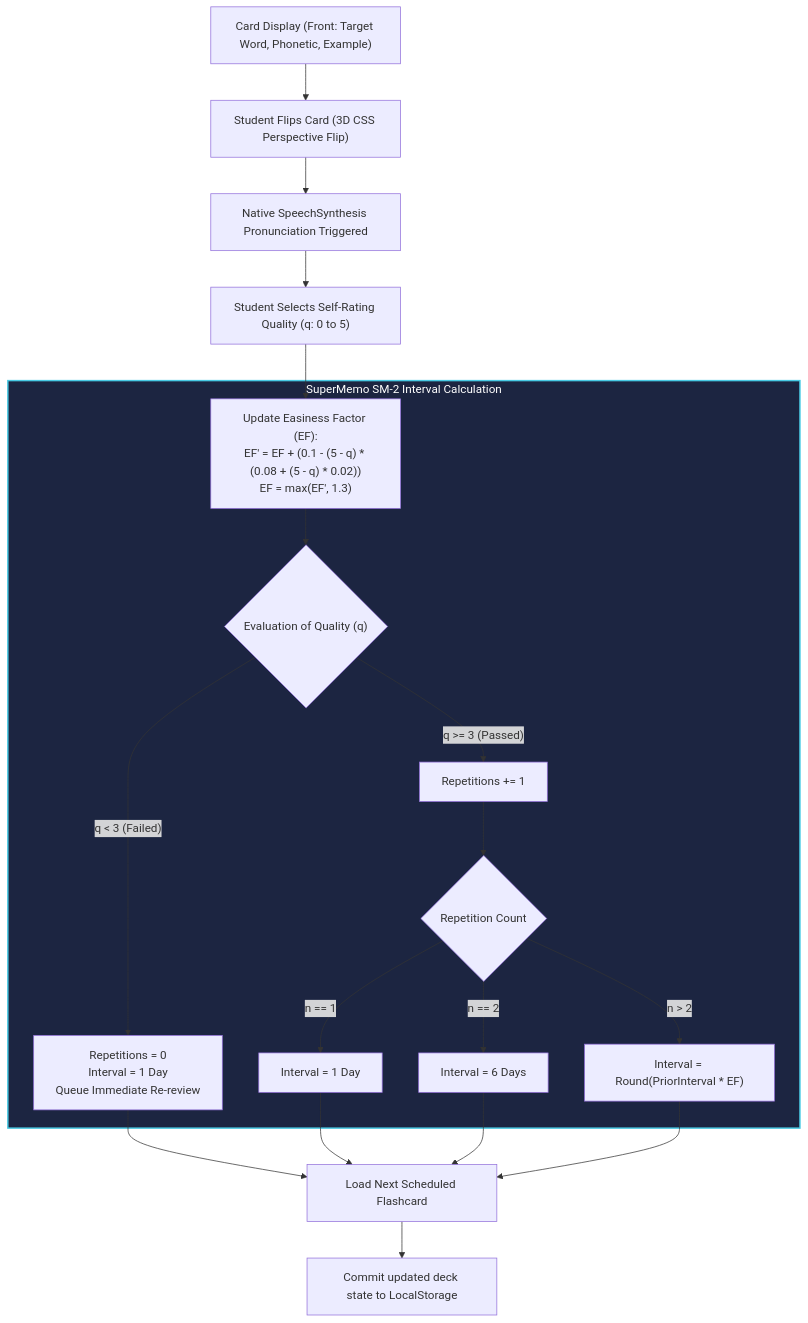
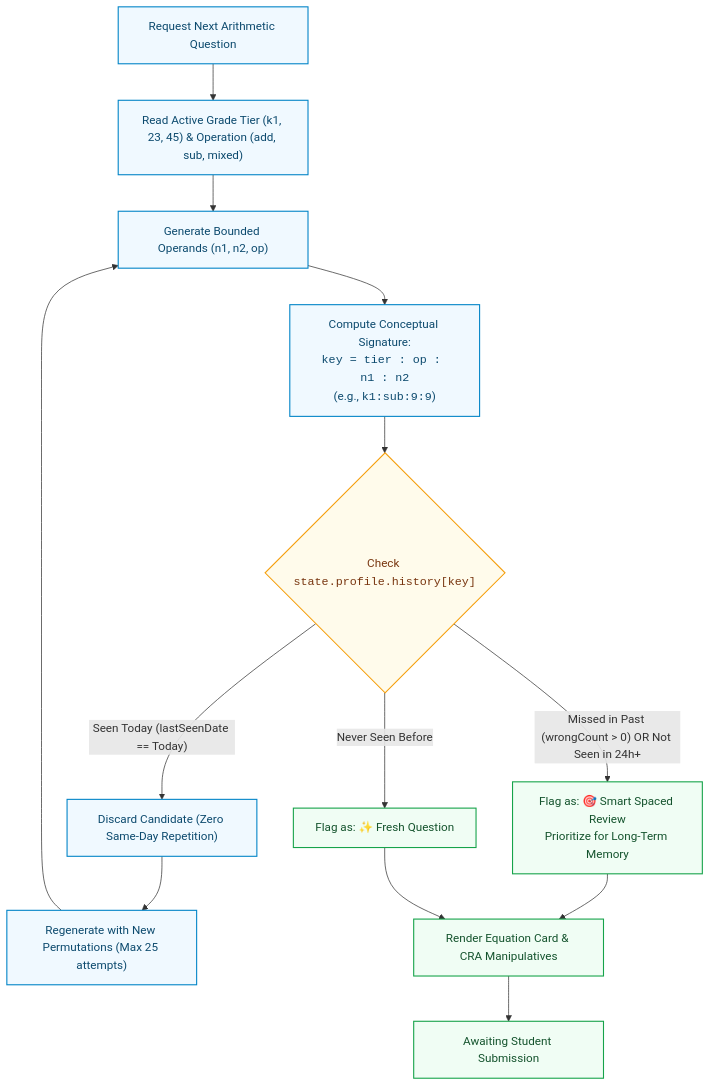
Before and after one commit to SKannaian/nerdy-arithmetic-ai: the third of 8 diagrams in ARCHITECTURE.md, drawn with Mermaid. The commit also changed other lines of this file, not shown here.

Commit message:
docs(arch): update ARCHITECTURE.md with comprehensive flow diagrams and system topology

````diff
--- a/ARCHITECTURE.md
+++ b/ARCHITECTURE.md
@@ -190,27 +137,28 @@
 ```mermaid
 flowchart TD
-    StartCard["Card Display (Front: Target Word, Phonetic, Example)"] --> FlipCard["Student Flips Card (3D CSS Perspective Flip)"]
-    FlipCard --> AudioPlay["Native SpeechSynthesis Pronunciation Triggered"]
-    AudioPlay --> StudentRating["Student Selects Self-Rating Quality (q: 0 to 5)"]
+    StartGen["Request Next Arithmetic Question"] --> ExtractState["Read Active Grade Tier (k1, 23, 45) & Operation (add, sub, mixed)"]
+    ExtractState --> BoundedRNG["Generate Bounded Operands (n1, n2, op)"]
+    BoundedRNG --> ComputeHash["Compute Conceptual Signature:<br/><code>key = tier : op : n1 : n2</code><br/>(e.g., <code>k1:sub:9:9</code>)"]
+    
+    ComputeHash --> CheckHistory{"Check <code>state.profile.history[key]</code>"}
+    
+    CheckHistory -- "Seen Today (lastSeenDate == Today)" --> DiscardCandidate["Discard Candidate (Zero Same-Day Repetition)"]
+    DiscardCandidate --> RetryRNG["Regenerate with New Permutations (Max 25 attempts)"]
+    RetryRNG --> BoundedRNG
+    
+    CheckHistory -- "Missed in Past (wrongCount > 0) OR Not Seen in 24h+" --> SpacedReview["Flag as: 🎯 Smart Spaced Review<br/>Prioritize for Long-Term Memory"]
+    
+    CheckHistory -- "Never Seen Before" --> FreshPerm["Flag as: ✨ Fresh Question"]
+    
+    SpacedReview --> RenderQuestion["Render Equation Card & CRA Manipulatives"]
+    FreshPerm --> RenderQuestion
+    
+    RenderQuestion --> AwaitingResponse["Awaiting Student Submission"]
 
-    subgraph SM2Algorithm["SuperMemo SM-2 Interval Calculation"]
-        CalcEF["Update Easiness Factor (EF):<br/>EF' = EF + (0.1 - (5 - q) * (0.08 + (5 - q) * 0.02))<br/>EF = max(EF', 1.3)"]
-        
-        CalcInterval{"Evaluation of Quality (q)"}
-        CalcInterval -- "q < 3 (Failed)" --> RepReset["Repetitions = 0<br/>Interval = 1 Day<br/>Queue Immediate Re-review"]
-        CalcInterval -- "q >= 3 (Passed)" --> RepInc["Repetitions += 1"]
-        
-        RepInc --> CheckRep{"Repetition Count"}
-        CheckRep -- "n == 1" --> Int1["Interval = 1 Day"]
-        CheckRep -- "n == 2" --> Int6["Interval = 6 Days"]
-        CheckRep -- "n > 2" --> IntN["Interval = Round(PriorInterval * EF)"]
-    end
-
-    StudentRating --> CalcEF
-    CalcEF --> CalcInterval
-    RepReset --> NextCard["Load Next Scheduled Flashcard"]
-    Int1 & Int6 & IntN --> NextCard
-    NextCard --> PersistState["Commit updated deck state to LocalStorage"]
-
-    style SM2Algorithm fill:#1C2541,stroke:#48CAE4,stroke-width:2px,color:#fff
+    classDef proc fill:#f0f9ff,stroke:#0284c7,stroke-width:1.5px,color:#0c4a6e;
+    classDef decision fill:#fffbeb,stroke:#f59e0b,stroke-width:1.5px,color:#78350f;
+    classDef success fill:#f0fdf4,stroke:#16a34a,stroke-width:1.5px,color:#14532d;
+    class StartGen,ExtractState,BoundedRNG,ComputeHash,DiscardCandidate,RetryRNG proc;
+    class CheckHistory decision;
+    class SpacedReview,FreshPerm,RenderQuestion,AwaitingResponse success;
 ```
````
